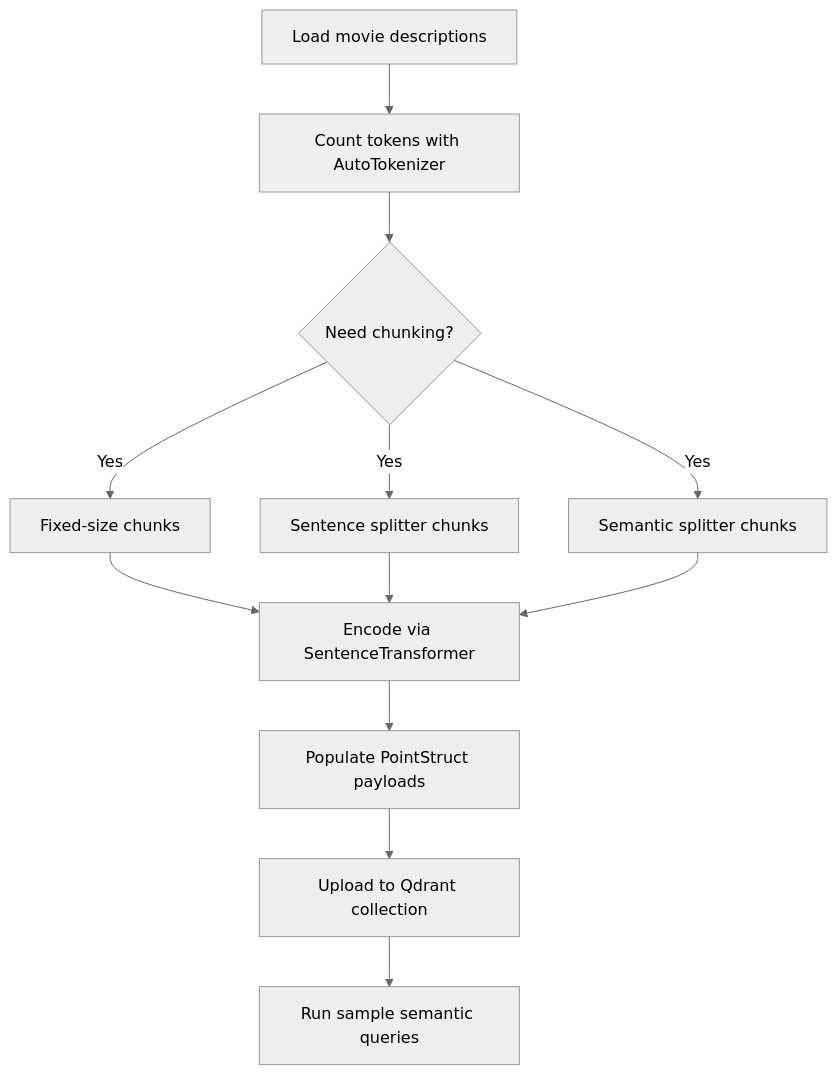
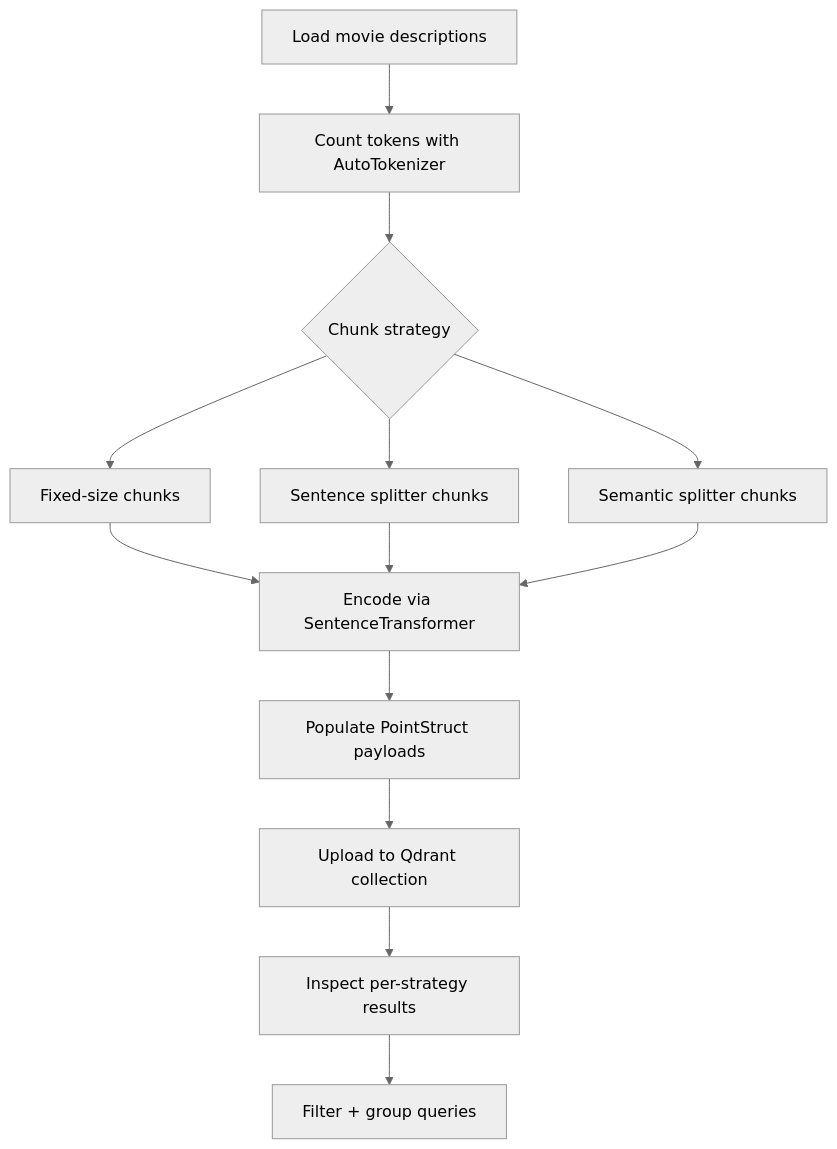
The diagram in movie_search_system/README.md (sahil-vsmr/qdrant-exploration), drawn with Mermaid (neutral theme) before and after one commit. The commit also changed other lines of this file and 1 other file, not shown here.

Commit message:
Document pipeline and add gitignore

````diff
--- a/movie_search_system/README.md
+++ b/movie_search_system/README.md
@@ -19,14 +20,15 @@
 ```mermaid
 flowchart TD
     A[Load movie descriptions] --> B[Count tokens with AutoTokenizer]
-    B --> C{Need chunking?}
-    C -->|Yes| D[Fixed-size chunks]
-    C -->|Yes| E[Sentence splitter chunks]
-    C -->|Yes| F[Semantic splitter chunks]
+    B --> C{Chunk strategy}
+    C --> D[Fixed-size chunks]
+    C --> E[Sentence splitter chunks]
+    C --> F[Semantic splitter chunks]
     D --> G[Encode via SentenceTransformer]
     E --> G
     F --> G
     G --> H[Populate PointStruct payloads]
     H --> I[Upload to Qdrant collection]
-    I --> J[Run sample semantic queries]
+    I --> J[Inspect per-strategy results]
+    J --> K[Filter + group queries]
 ```
````
